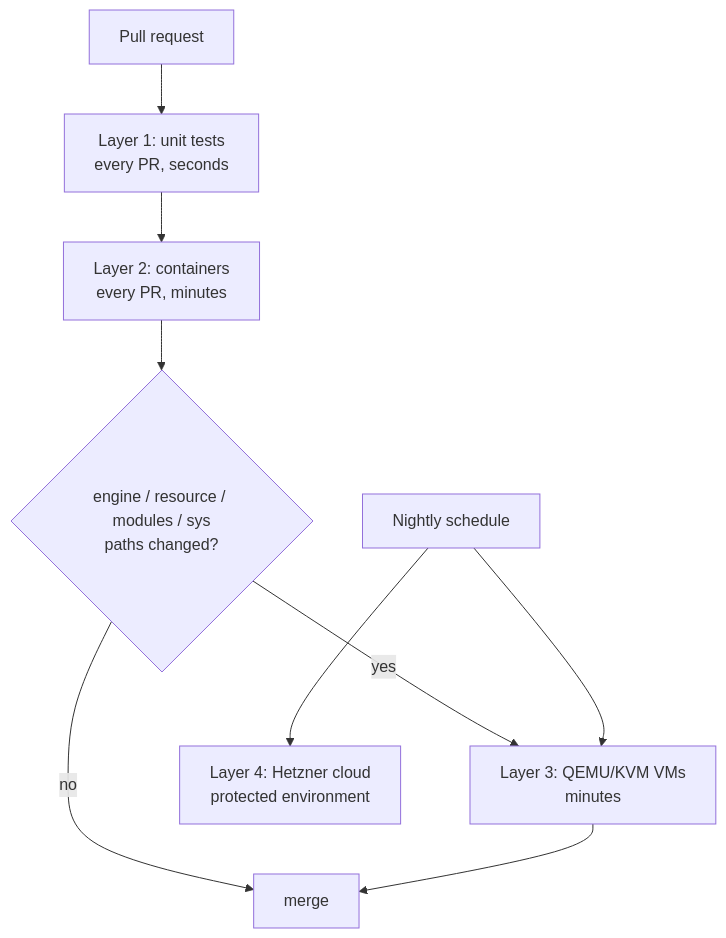
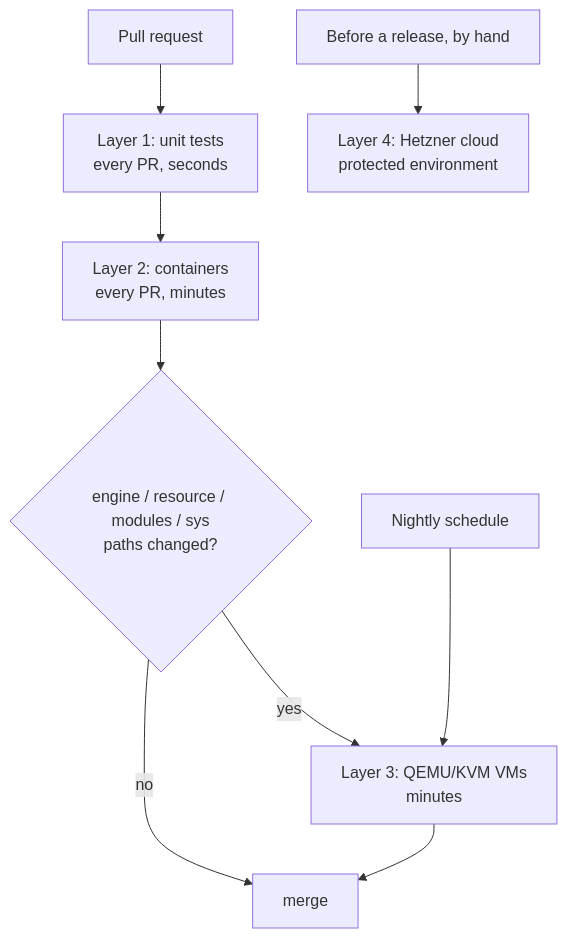
One commit to bhimrazy/vps-ready changed the diagram in docs/testing.md. Above: the diagram before and after it, drawn with Mermaid. The commit also changed other lines of this file and 2 other files, not shown here.

````diff
--- a/docs/testing.md
+++ b/docs/testing.md
@@ -9,11 +9,11 @@
 ```mermaid
 flowchart TB
     pr["Pull request"] --> unit["Layer 1: unit tests<br/>every PR, seconds"]
     unit --> ctr["Layer 2: containers<br/>every PR, minutes"]
     ctr --> paths{"engine / resource / modules / sys<br/>paths changed?"}
     paths -- yes --> vm["Layer 3: QEMU/KVM VMs<br/>minutes"]
     paths -- no --> done["merge"]
     vm --> done
     nightly["Nightly schedule"] --> vm
-    nightly --> cloud["Layer 4: Hetzner cloud<br/>protected environment"]
+    release["Before a release, by hand"] --> cloud["Layer 4: Hetzner cloud<br/>protected environment"]
 ```
````
